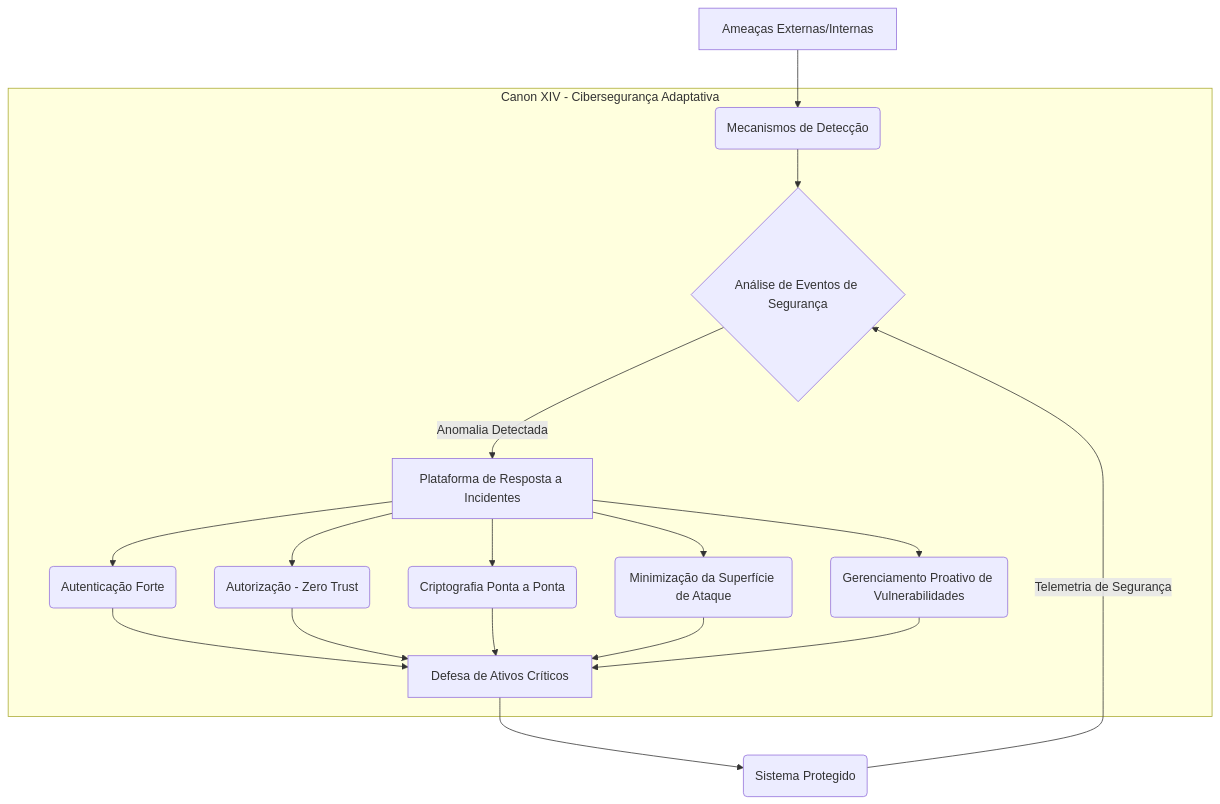
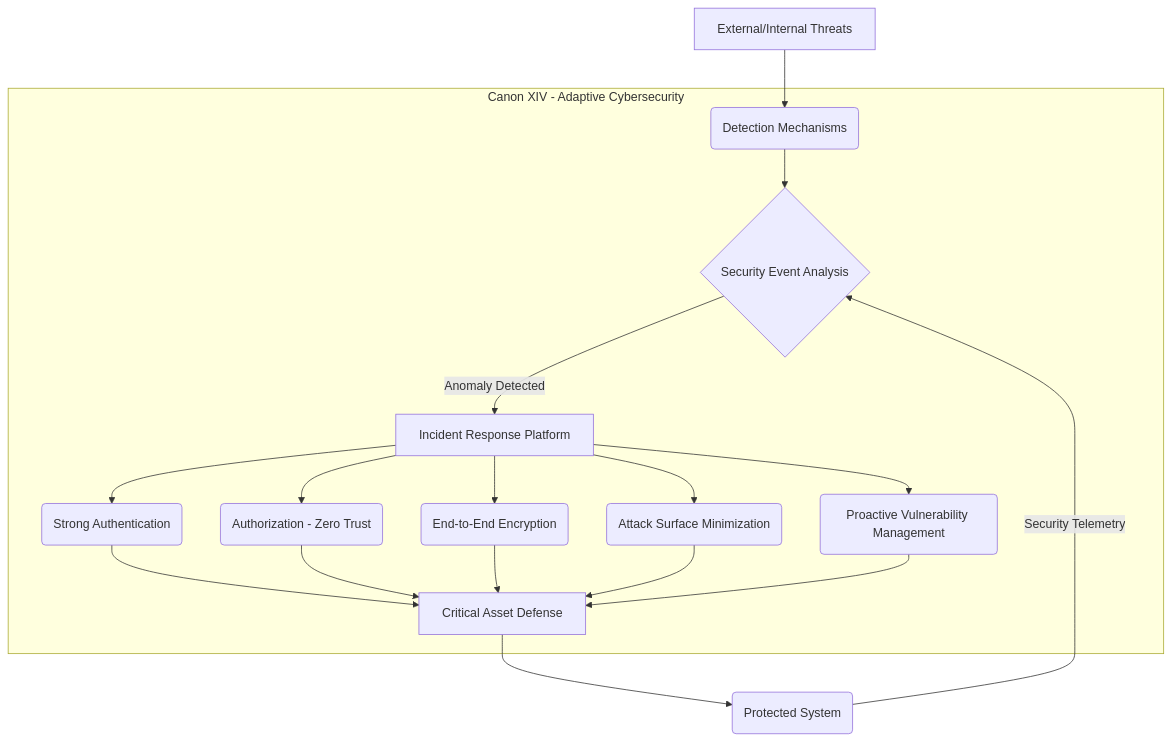
Before and after one commit to njfw50/codigo-canonico-engenharia-ai: the diagram in README.md, drawn with Mermaid. The commit also changed other lines of this file and 1 other file, not shown here.

````diff
--- a/README.md
+++ b/README.md
@@ -49,25 +49,25 @@
 ```mermaid
 graph TD
-    A[Ameaças Externas/Internas] --> B(Mecanismos de Detecção)
-    B --> C{Análise de Eventos de Segurança}
-    C -- Anomalia Detectada --> D[Plataforma de Resposta a Incidentes]
-    D --> E(Autenticação Forte)
-    D --> F(Autorização - Zero Trust)
-    D --> G(Criptografia Ponta a Ponta)
-    D --> H(Minimização da Superfície de Ataque)
-    D --> I(Gerenciamento Proativo de Vulnerabilidades)
-    E & F & G & H & I --> J[Defesa de Ativos Críticos]
-    J --> K(Sistema Protegido)
-    K -- Telemetria de Segurança --> C
-    subgraph Canon XIV - Cibersegurança Adaptativa
+    A[External/Internal Threats] --> B(Detection Mechanisms)
+    B --> C{Security Event Analysis}
+    C -- Anomaly Detected --> D[Incident Response Platform]
+    D --> E(Strong Authentication)
+    D --> F(Authorization - Zero Trust)
+    D --> G(End-to-End Encryption)
+    D --> H(Attack Surface Minimization)
+    D --> I(Proactive Vulnerability Management)
+    E & F & G & H & I --> J[Critical Asset Defense]
+    J --> K(Protected System)
+    K -- Security Telemetry --> C
+    subgraph Canon XIV - Adaptive Cybersecurity
         B
         C
         D
         E
         F
         G
         H
         I
         J
     end
 ```
````
